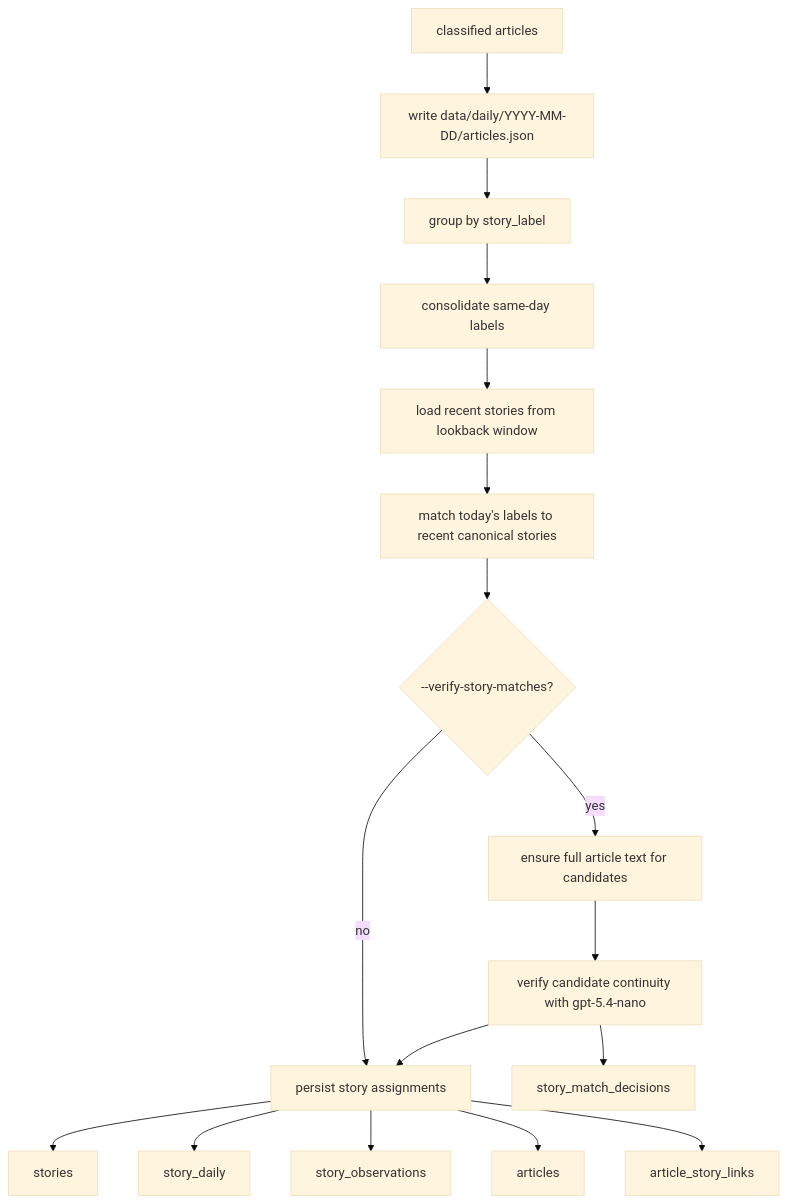
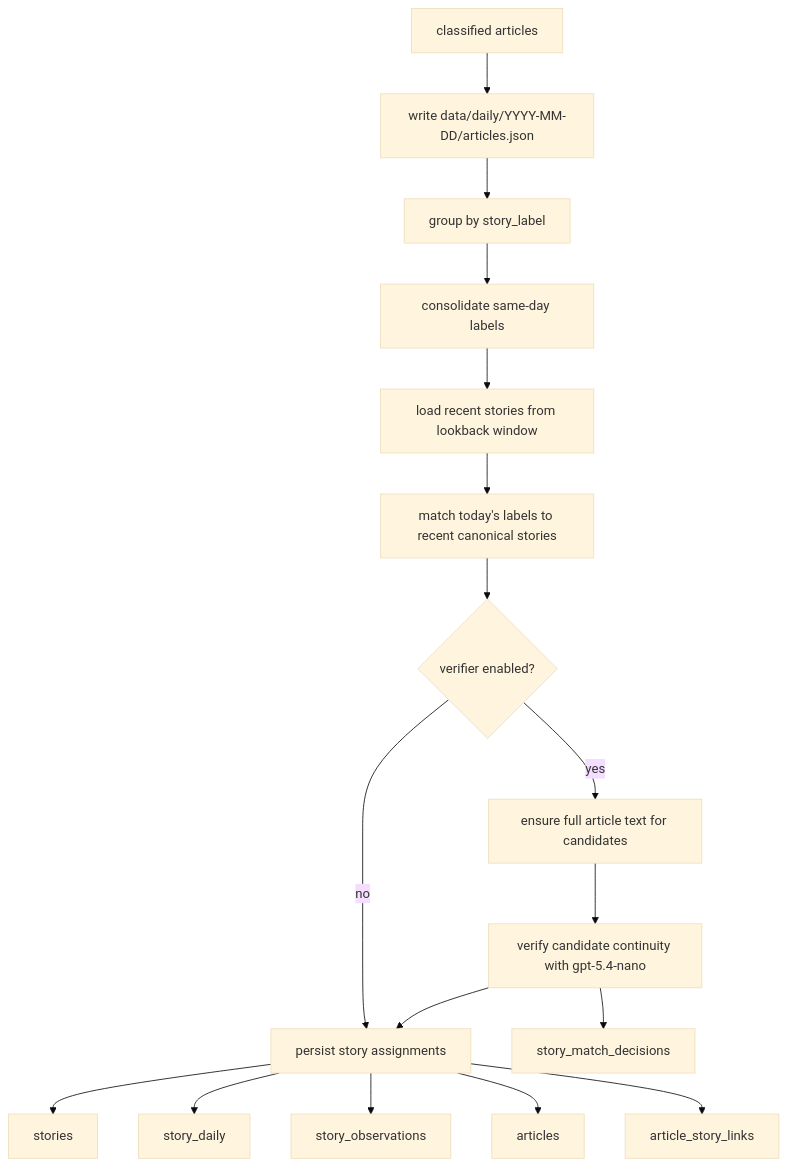
The third of 5 diagrams in docs/how-it-works.md (MecGlandorff/News), drawn with Mermaid (base theme) before and after one commit. The commit also changed other lines of this file and 25 other files, not shown here.

````diff
--- a/docs/how-it-works.md
+++ b/docs/how-it-works.md
@@ -166,19 +166,19 @@
 ```mermaid
 flowchart TD
     A[classified articles] --> B[write data/daily/YYYY-MM-DD/articles.json]
     B --> C[group by story_label]
     C --> D[consolidate same-day labels]
     D --> E[load recent stories from lookback window]
     E --> F[match today's labels to recent canonical stories]
-    F --> G{"--verify-story-matches?"}
+    F --> G{"verifier enabled?"}
     G -- no --> H[persist story assignments]
     G -- yes --> I[ensure full article text for candidates]
     I --> J[verify candidate continuity with gpt-5.4-nano]
     J --> H
     H --> K[stories]
     H --> L[story_daily]
     H --> M[story_observations]
     H --> N[articles]
     H --> O[article_story_links]
     J --> P[story_match_decisions]
 ```
````
